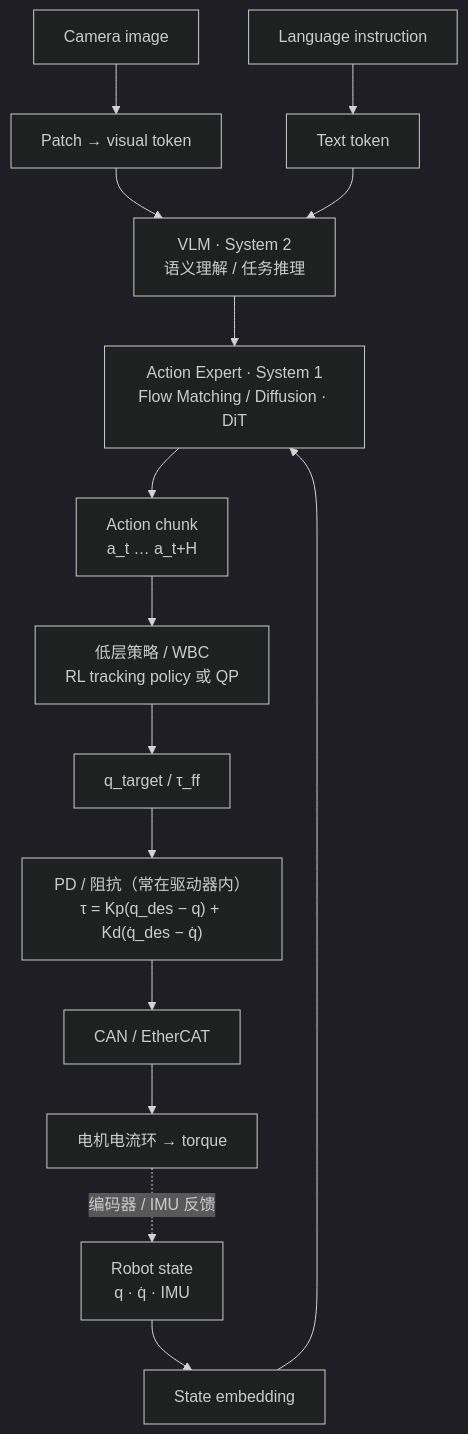
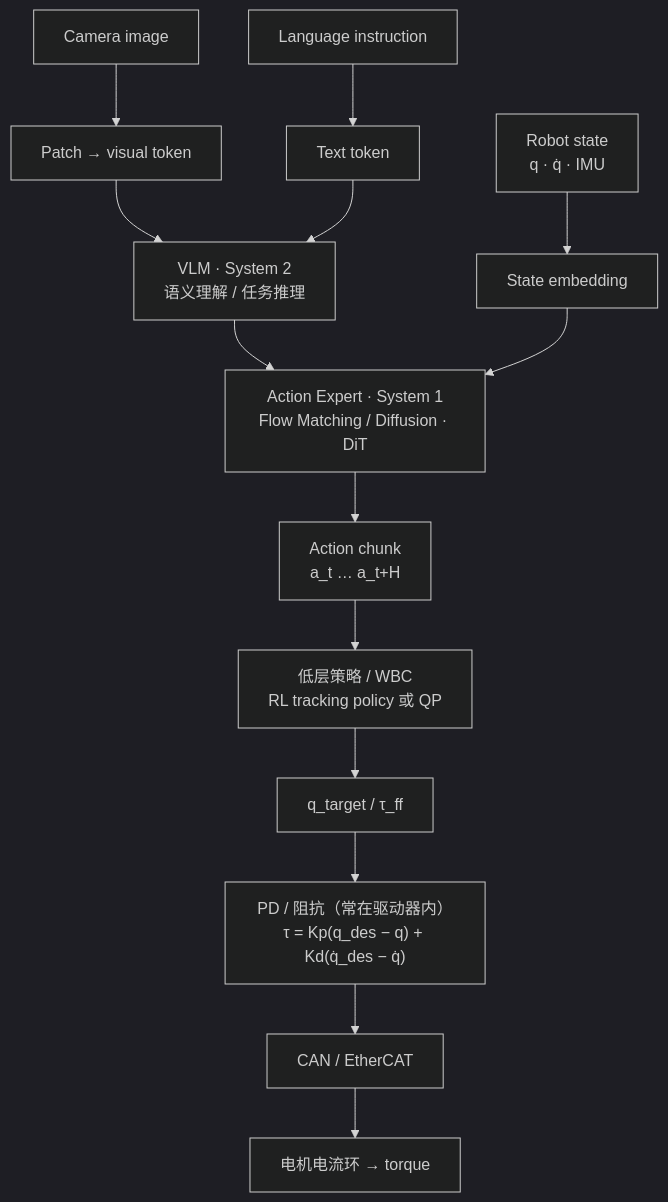
Before and after one commit to ImChong/Robotics_Notebooks: the second of 33 diagrams in roadmap/motion-control.md, drawn with Mermaid (dark theme). The commit also changed other lines of this file and 1 other file, not shown here.

First line of the commit message:
fix(roadmap): 精简 Physical AI 主干图交叉虚线并修正社区命名规范

````diff
--- a/roadmap/motion-control.md
+++ b/roadmap/motion-control.md
@@ -95,17 +98,16 @@
 ```mermaid
 flowchart TB
   Img["Camera image"] --> VT["Patch → visual token"]
   Lang["Language instruction"] --> TT["Text token"]
   St["Robot state<br/>q · q̇ · IMU"] --> SE["State embedding"]
   VT --> VLM["VLM · System 2<br/>语义理解 / 任务推理"]
   TT --> VLM
   VLM --> AE["Action Expert · System 1<br/>Flow Matching / Diffusion · DiT"]
   SE --> AE
   AE --> AC["Action chunk<br/>a_t … a_t+H"]
   AC --> LL["低层策略 / WBC<br/>RL tracking policy 或 QP"]
   LL --> QT["q_target / τ_ff"]
   QT --> PD["PD / 阻抗（常在驱动器内）<br/>τ = Kp(q_des − q) + Kd(q̇_des − q̇)"]
   PD --> BUS["CAN / EtherCAT"]
   BUS --> M["电机电流环 → torque"]
-  M -. 编码器 / IMU 反馈 .-> St
 ```
````
